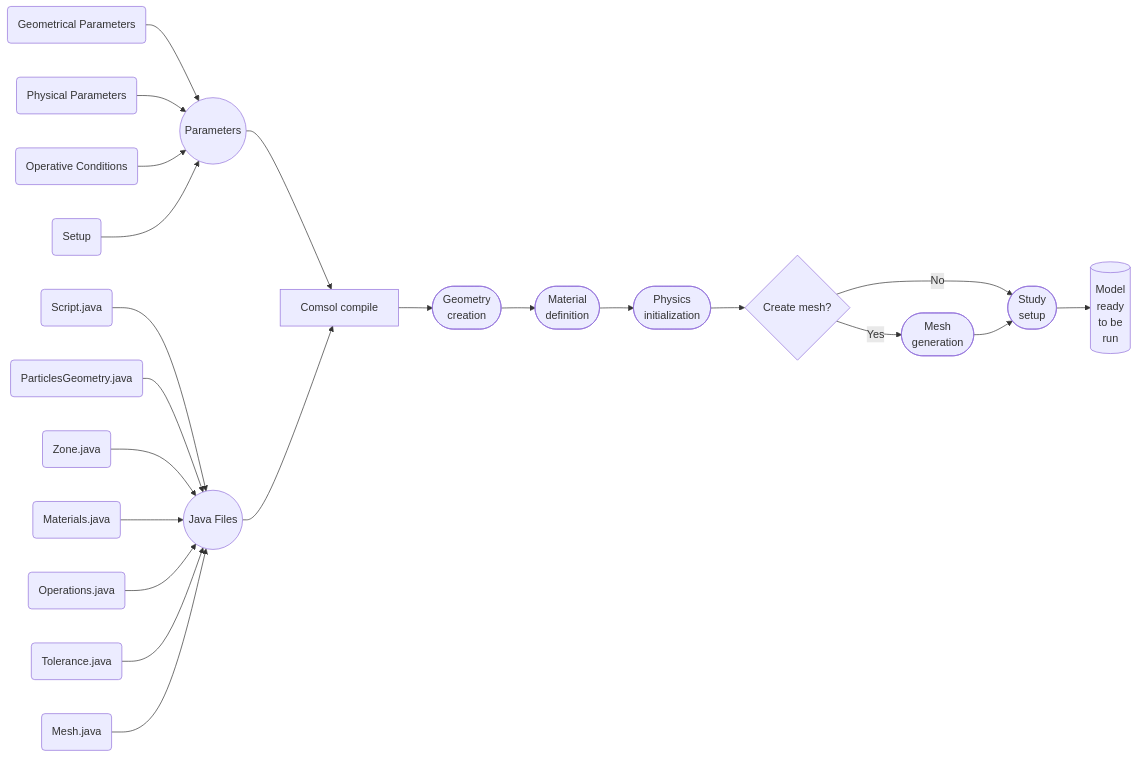
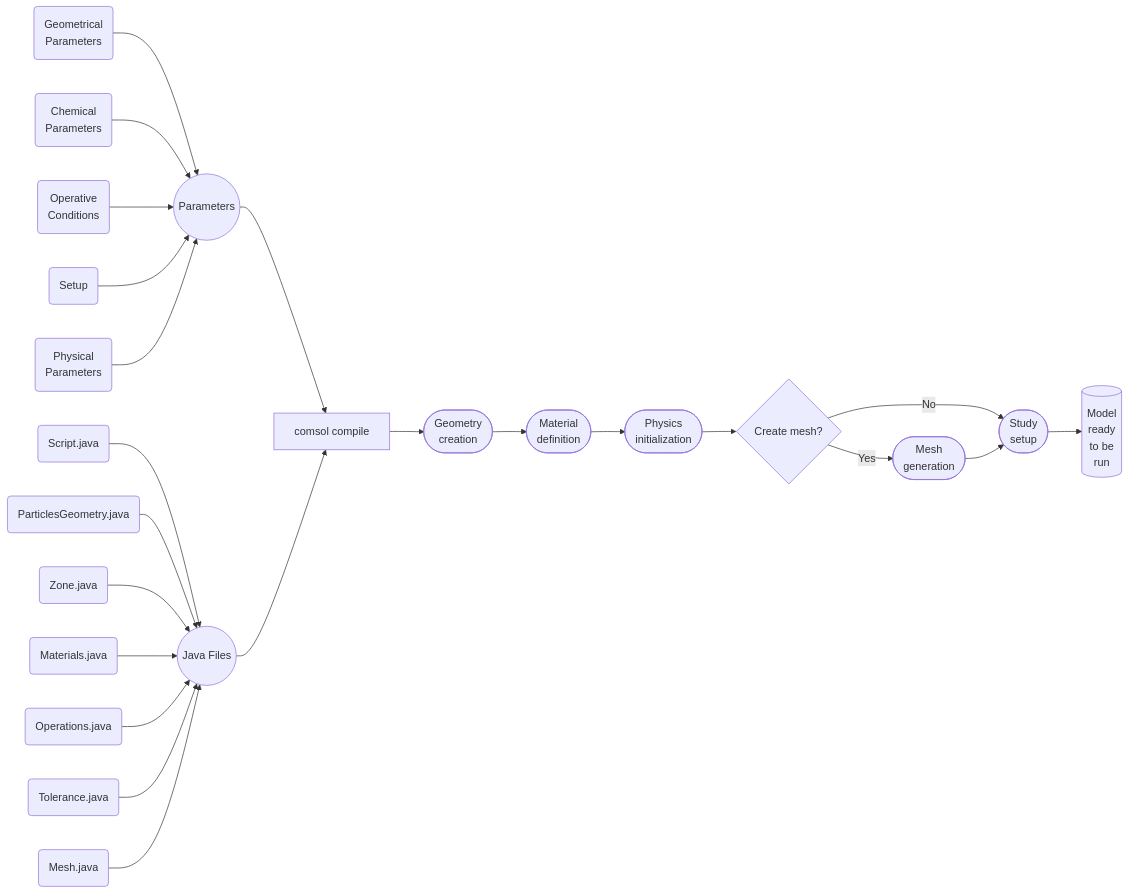
Before and after one commit to mulmopro/battery_porescale: the diagram in README.md, drawn with Mermaid.

````diff
--- a/README.md
+++ b/README.md
@@ -7,24 +7,25 @@
 ```mermaid
 graph LR
-  IN1(Geometrical Parameters)-->O1((Parameters))
-  IN2(Physical Parameters)-->O1
-  IN3(Operative Conditions)-->O1
+  IN1(Geometrical <br> Parameters)-->O1((Parameters))
+  IN2(Chemical <br> Parameters)-->O1
+  IN3(Operative <br> Conditions)-->O1
   IN4(Setup)-->O1
+  IN12(Physical <br> Parameters)-->O1
   IN5(Script.java)-->O2((Java Files))
   IN6(ParticlesGeometry.java)-->O2
   IN7(Zone.java)-->O2
   IN8(Materials.java)-->O2
   IN9(Operations.java)-->O2
   IN10(Tolerance.java)-->O2
   IN11(Mesh.java)-->O2
-  O1-->BLK1[Comsol compile]
+  O1-->BLK1[comsol compile]
   O2-->BLK1
   BLK1-->PK1([Geometry <br> creation])
   PK1-->PK2([Material <br> definition])
   PK2-->PK3([Physics <br> initialization])
   PK3-->PK4{Create mesh?}
   PK4-->|Yes|PK5([Mesh <br> generation])
   PK4-->|No|PK6([Study <br> setup])
   PK5-->PK6
   PK6-->PK7[(Model <br> ready <br> to be <br> run)]
 ```
````
